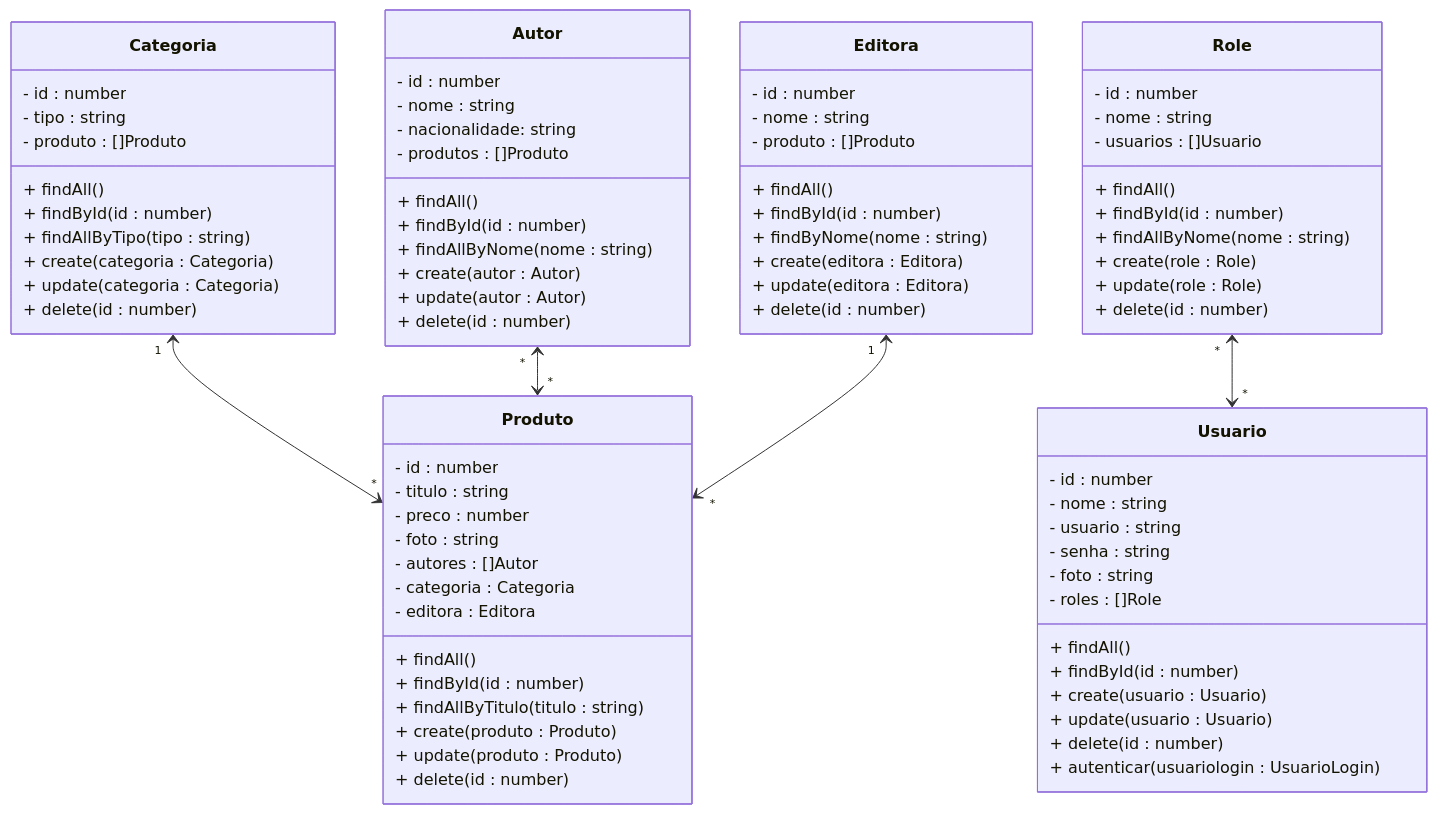
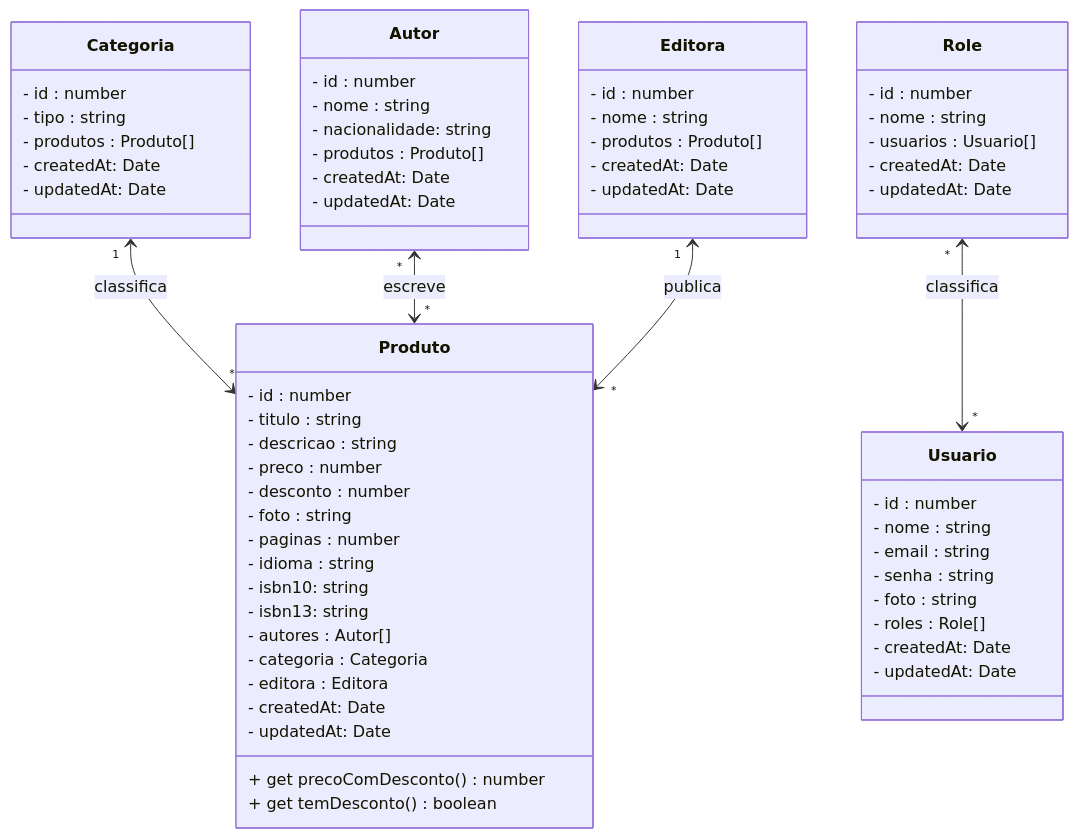
The first of 2 diagrams in README.md (rafaelq80/livraria-nest), drawn with Mermaid before and after one commit. The commit also changed other lines of this file, not shown here.

````diff
--- a/README.md
+++ b/README.md
@@ -40,81 +52,66 @@
 ```mermaid
 classDiagram
 class Categoria {
   - id : number
   - tipo : string
-  - produto : []Produto
-  + findAll()
-  + findById(id : number)
-  + findAllByTipo(tipo : string)
-  + create(categoria : Categoria)
-  + update(categoria : Categoria)
-  + delete(id : number)
+  - produtos : Produto[]
+  - createdAt: Date
+  - updatedAt: Date
 }
 class Editora {
   - id : number
   - nome : string
-  - produto : []Produto
-  + findAll()
-  + findById(id : number)
-  + findByNome(nome : string)
-  + create(editora : Editora)
-  + update(editora : Editora)
-  + delete(id : number)
+  - produtos : Produto[]
+  - createdAt: Date
+  - updatedAt: Date
 }
 class Produto {
   - id : number
   - titulo : string
+  - descricao : string
   - preco : number
+  - desconto : number
   - foto : string
-  - autores : []Autor
+  - paginas : number
+  - idioma : string
+  - isbn10: string
+  - isbn13: string
+  - autores : Autor[]
   - categoria : Categoria
   - editora : Editora
-  + findAll()
-  + findById(id : number)
-  + findAllByTitulo(titulo : string)
-  + create(produto : Produto)
-  + update(produto : Produto)
-  + delete(id : number)
+  - createdAt: Date
+  - updatedAt: Date
+  + get precoComDesconto() number
+  + get temDesconto() boolean
 }
 class Autor {
   - id : number
   - nome : string
   - nacionalidade: string
-  - produtos : []Produto
-  + findAll()
-  + findById(id : number)
-  + findAllByNome(nome : string)
-  + create(autor : Autor)
-  + update(autor : Autor)
-  + delete(id : number)
+  - produtos : Produto[]
+  - createdAt: Date
+  - updatedAt: Date
 }
 class Usuario {
   - id : number
   - nome : string
-  - usuario : string
+  - email : string
   - senha : string
   - foto : string
-  - roles : []Role
-  + findAll()
-  + findById(id : number)
-  + create(usuario : Usuario)
-  + update(usuario : Usuario)
-  + delete(id : number)
-  + autenticar(usuariologin : UsuarioLogin)
+  - roles : Role[]
+  - createdAt: Date
+  - updatedAt: Date
 }
 class Role {
   - id : number
   - nome : string
-  - usuarios : []Usuario
-  + findAll()
-  + findById(id : number)
-  + findAllByNome(nome : string)
-  + create(role : Role)
-  + update(role : Role)
-  + delete(id : number)
+  - usuarios : Usuario[]
+  - createdAt: Date
+  - updatedAt: Date
 }
-Categoria "1" <--> "*" Produto
-Autor "*" <--> "*" Produto
-Editora "1" <--> "*" Produto
-Role "*" <--> "*" Usuario
+Categoria "1" <--> "*" Produto : classifica
+Autor "*" <--> "*" Produto : escreve
+Editora "1" <--> "*" Produto : publica
+Role "*" <--> "*" Usuario : classifica
+
 ```
````
